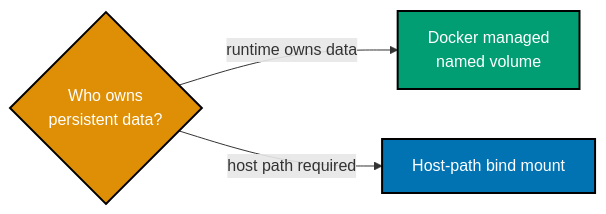
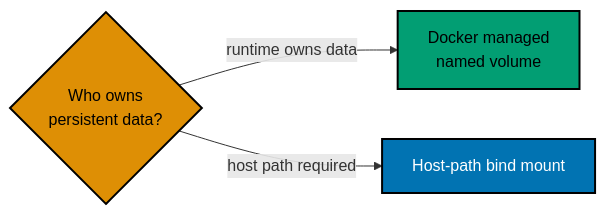
One commit to wahidyankf/ose-public changed the third of 17 diagrams in apps/ayokoding-www/content/en/learn/courses/containers-and-orchestration/learning/intermediate.md. Above: the diagram before and after it, drawn with Mermaid. The commit also changed other lines of this file and 144 other files, not shown here.

First line of the commit message:
fix(mermaid): bring the first half of the courses diagrams onto the accessible palette

````diff
--- a/apps/ayokoding-www/content/en/learn/courses/containers-and-orchestration/learning/intermediate.md
+++ b/apps/ayokoding-www/content/en/learn/courses/containers-and-orchestration/learning/intermediate.md
@@ -90,12 +96,15 @@
 ```mermaid
 %% Color Palette: Blue #0173B2, Orange #DE8F05, Teal #029E73; color-blind friendly WCAG AA palette
 graph LR
+    accTitle: Example 30: Volume versus bind mount
+    accDescr: Graph with 3 nodes and 2 connections. Nodes: Who owns persistent data?, Docker managed named volume, Host-path bind mount. Connections: Who owns persistent data? to Docker managed named volume (runtime owns data), Who owns persistent data? to Host-path bind mount (host path required).
     D{"Who owns<br/>persistent data?"}:::orange
     V["Docker managed<br/>named volume"]:::teal
     B["Host-path bind mount"]:::blue
     D -->|"runtime owns data"| V
     D -->|"host path required"| B
     classDef blue fill:#0173B2,stroke:#000000,color:#FFFFFF,stroke-width:2px
-    classDef teal fill:#029E73,stroke:#000000,color:#FFFFFF,stroke-width:2px
-    classDef orange fill:#DE8F05,stroke:#000000,color:#FFFFFF,stroke-width:2px
+    classDef teal fill:#029E73,stroke:#000000,color:#000000,stroke-width:2px
+    classDef orange fill:#DE8F05,stroke:#000000,color:#000000,stroke-width:2px
+    classDef default fill:#FFFFFF,stroke:#000000,color:#000000
 ```
````
